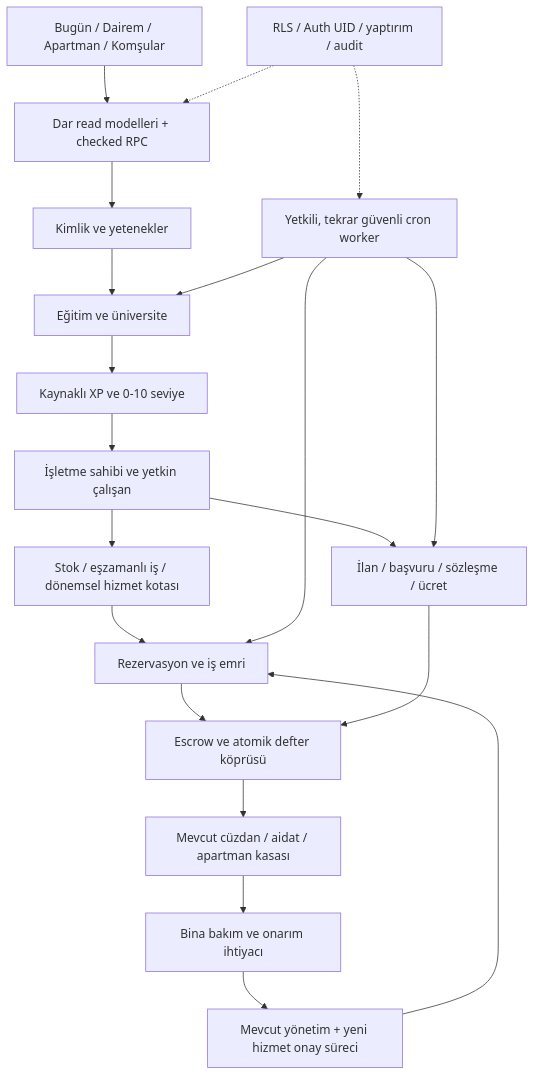
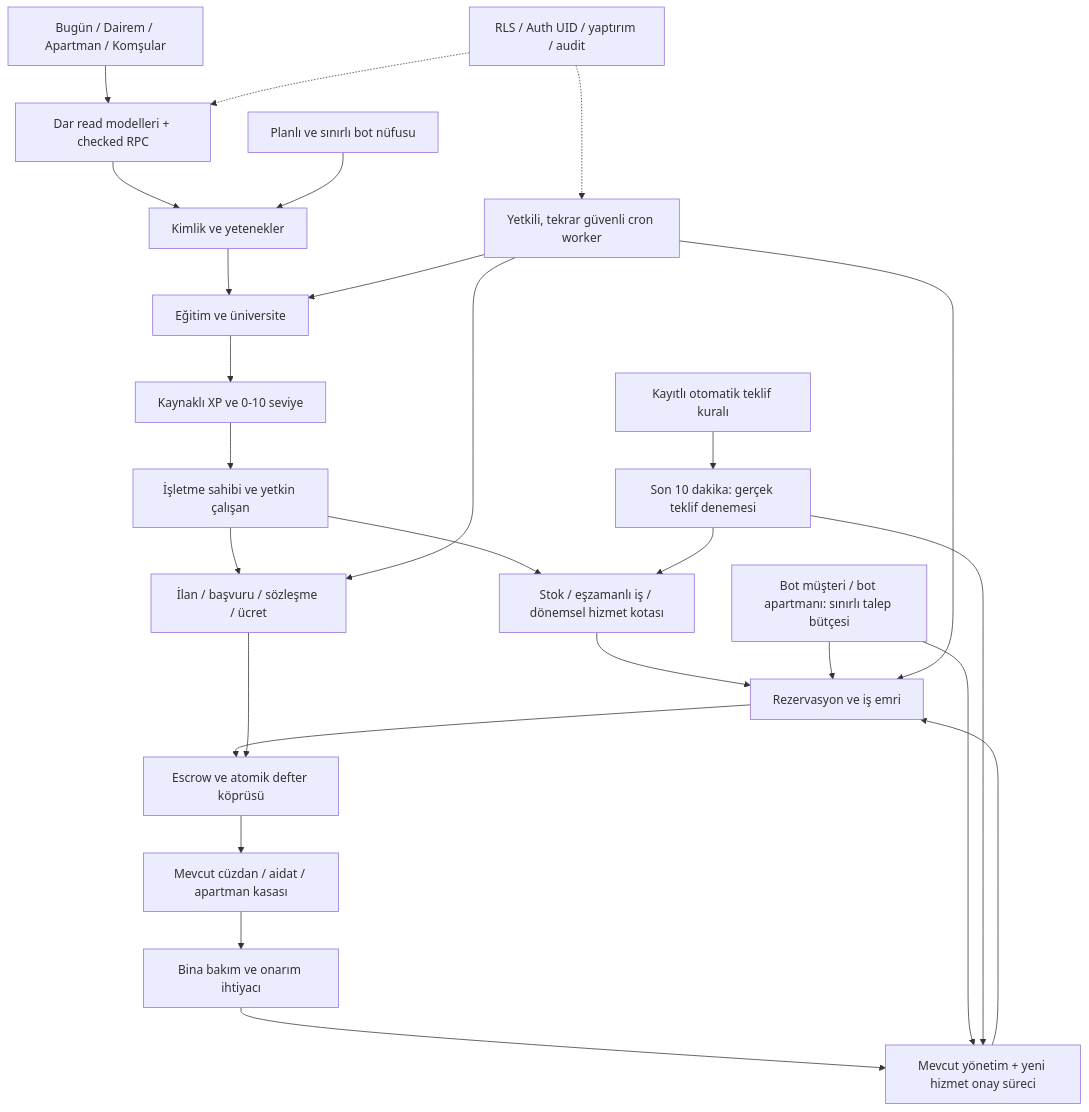
Before and after one commit to oklukk/apartman-online: the first of 2 diagrams in docs/game-systems-stage1/ARCHITECTURE.md, drawn with Mermaid. The commit also changed other lines of this file and 2 other files, not shown here.

````diff
--- a/docs/game-systems-stage1/ARCHITECTURE.md
+++ b/docs/game-systems-stage1/ARCHITECTURE.md
@@ -9,22 +9,28 @@
 ```mermaid
 flowchart TD
   UI[Bugün / Dairem / Apartman / Komşular] --> API[Dar read modelleri + checked RPC]
   API --> ACT[Kimlik ve yetenekler]
   ACT --> EDU[Eğitim ve üniversite]
   EDU --> SK[Kaynaklı XP ve 0-10 seviye]
   SK --> BIZ[İşletme sahibi ve yetkin çalışan]
   BIZ --> CAP[Stok / eşzamanlı iş / dönemsel hizmet kotası]
   CAP --> ORD[Rezervasyon ve iş emri]
   ORD --> FIN[Escrow ve atomik defter köprüsü]
   FIN --> OLD[Mevcut cüzdan / aidat / apartman kasası]
   OLD --> NEED[Bina bakım ve onarım ihtiyacı]
   NEED --> GOV[Mevcut yönetim + yeni hizmet onay süreci]
   GOV --> ORD
+  POP[Planlı ve sınırlı bot nüfusu] --> ACT
+  BUY[Bot müşteri / bot apartmanı: sınırlı talep bütçesi] --> GOV
+  BUY --> ORD
+  AUTO[Kayıtlı otomatik teklif kuralı] --> WIN[Son 10 dakika: gerçek teklif denemesi]
+  WIN --> CAP
+  WIN --> GOV
   BIZ --> EMP[İlan / başvuru / sözleşme / ücret]
   EMP --> FIN
   WORKER[Yetkili, tekrar güvenli cron worker] --> EDU
   WORKER --> ORD
   WORKER --> EMP
   PRIV[RLS / Auth UID / yaptırım / audit] -.-> API
   PRIV -.-> WORKER
 ```
````
